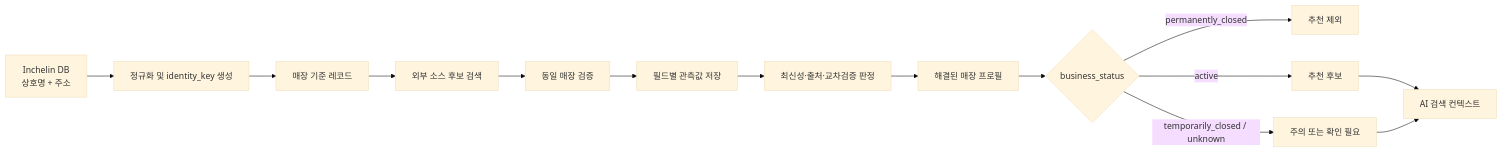
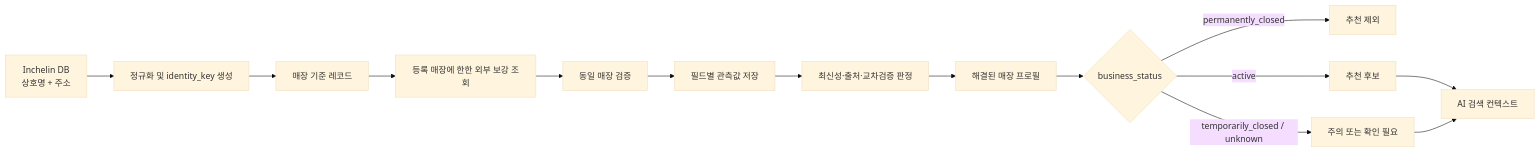
The diagram in docs/inchelin-hybrid-data-architecture.md (NUNIYA0/inchelin-guide-ai), drawn with Mermaid (base theme) before and after one commit. The commit also changed other lines of this file and 3 other files, not shown here.

````diff
--- a/docs/inchelin-hybrid-data-architecture.md
+++ b/docs/inchelin-hybrid-data-architecture.md
@@ -11,16 +11,16 @@
 ```mermaid
 flowchart LR
   A[Inchelin DB\n상호명 + 주소] --> B[정규화 및 identity_key 생성]
   B --> C[매장 기준 레코드]
-  C --> D[외부 소스 후보 검색]
+  C --> D[등록 매장에 한한 외부 보강 조회]
   D --> E[동일 매장 검증]
   E --> F[필드별 관측값 저장]
   F --> G[최신성·출처·교차검증 판정]
   G --> H[해결된 매장 프로필]
   H --> I{business_status}
   I -->|permanently_closed| J[추천 제외]
   I -->|active| K[추천 후보]
   I -->|temporarily_closed / unknown| L[주의 또는 확인 필요]
   K --> M[AI 검색 컨텍스트]
   L --> M
 ```
````
